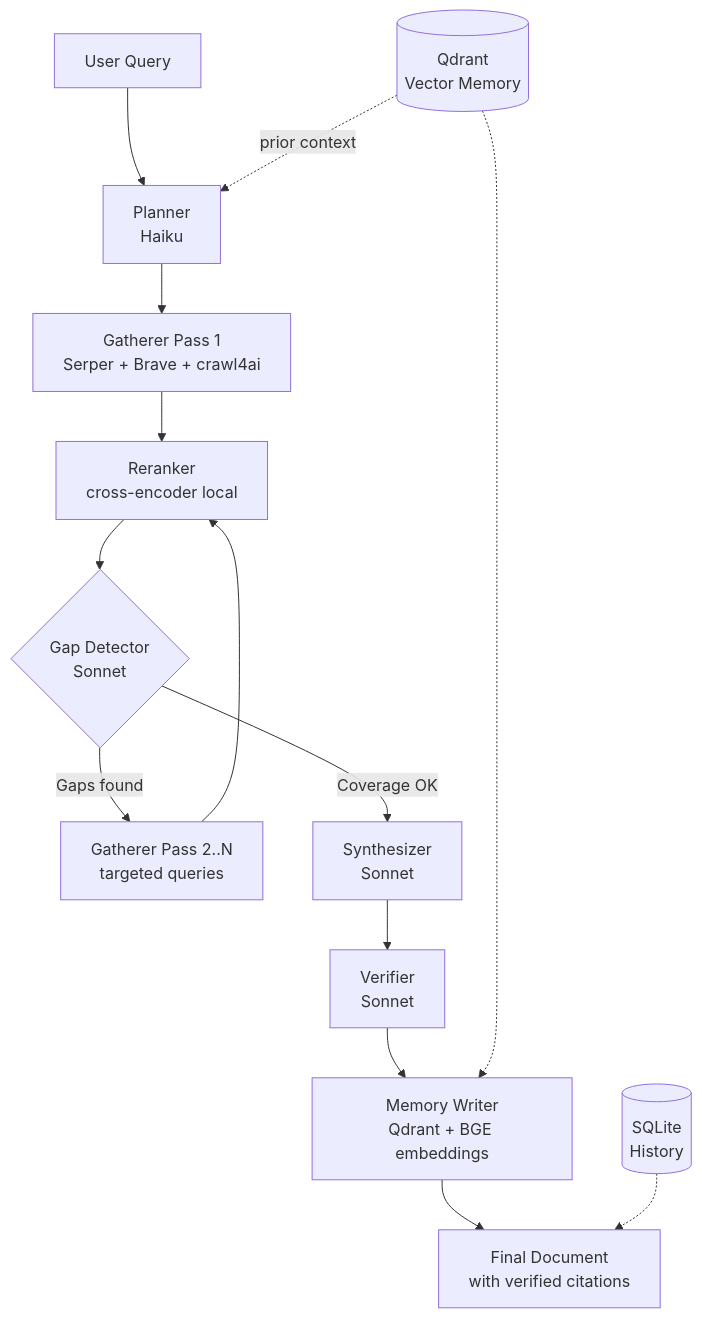
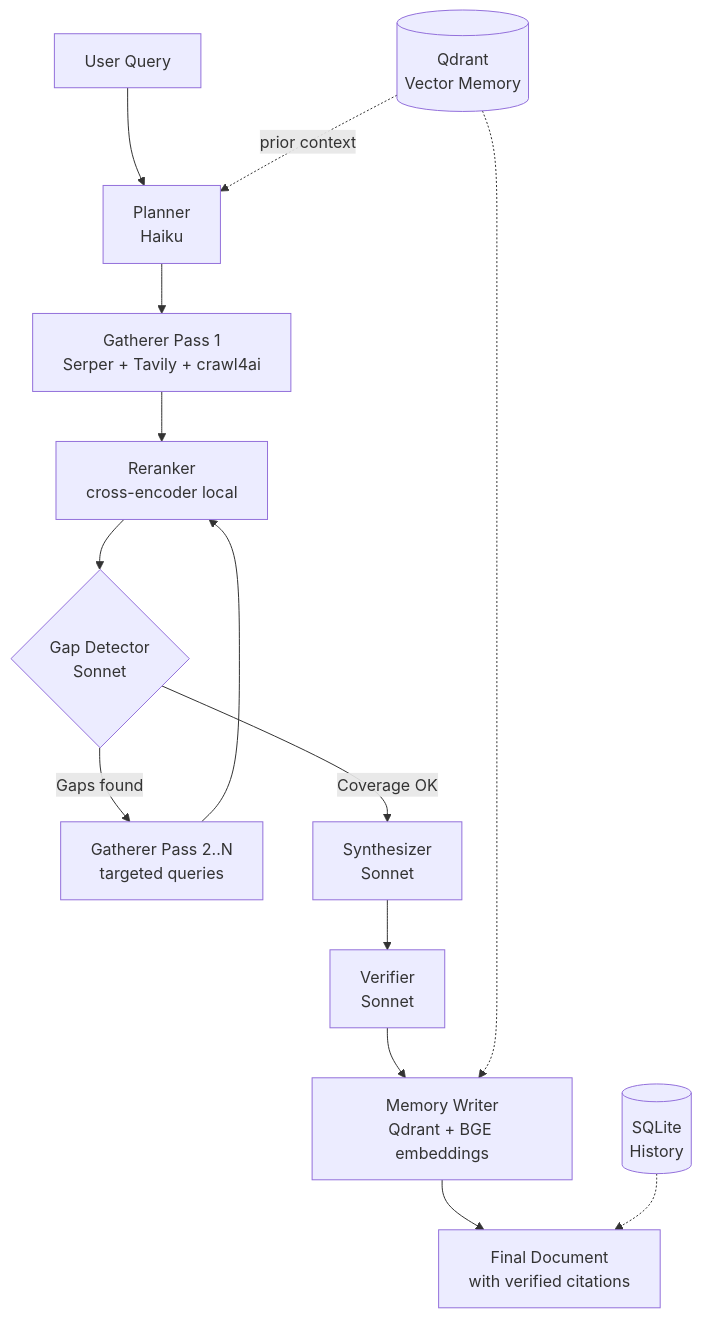
The diagram in README.md (aleks-gotsa/cortex), drawn with Mermaid before and after one commit. The commit also changed other lines of this file and 14 other files, not shown here.

First line of the commit message:
feat: replace Brave Search with Tavily, add Render deploy config

````diff
--- a/README.md
+++ b/README.md
@@ -21,17 +21,17 @@
 ```mermaid
 graph TD
     Q[User Query] --> P[Planner<br/>Haiku]
-    P --> G1[Gatherer Pass 1<br/>Serper + Brave + crawl4ai]
+    P --> G1[Gatherer Pass 1<br/>Serper + Tavily + crawl4ai]
     G1 --> R[Reranker<br/>cross-encoder local]
     R --> GD{Gap Detector<br/>Sonnet}
     GD -->|Gaps found| G2[Gatherer Pass 2..N<br/>targeted queries]
     G2 --> R
     GD -->|Coverage OK| S[Synthesizer<br/>Sonnet]
     S --> V[Verifier<br/>Sonnet]
     V --> M[Memory Writer<br/>Qdrant + BGE embeddings]
     M --> D[Final Document<br/>with verified citations]
 
     QD[(Qdrant<br/>Vector Memory)] -.->|prior context| P
     QD -.-> M
     DB[(SQLite<br/>History)] -.-> D
 ```
````
